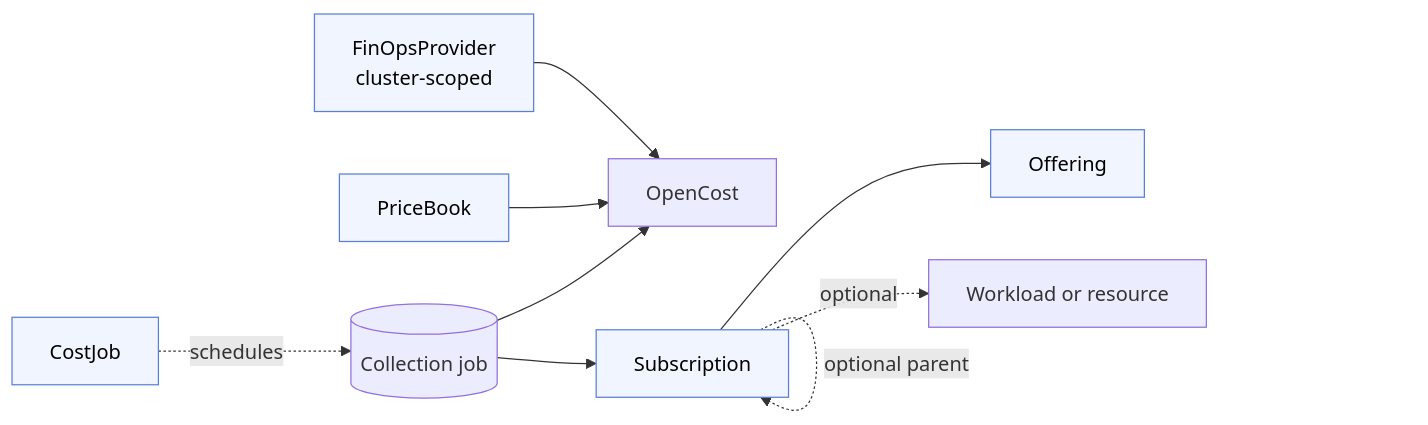
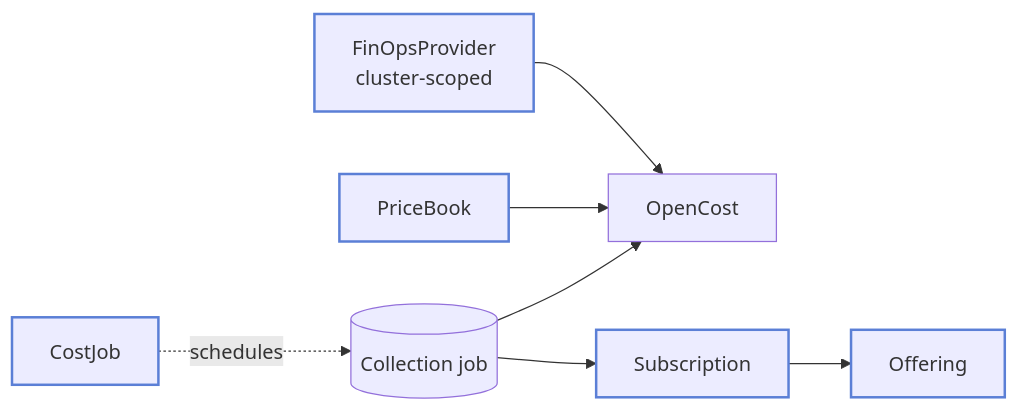
One commit to stakater/finops-docs changed the diagram in content/concepts/index.md. Above: the diagram before and after it, drawn with Mermaid. The commit also changed other lines of this file and 27 other files, not shown here.

````diff
--- a/content/concepts/index.md
+++ b/content/concepts/index.md
@@ -19,13 +19,11 @@
 ```mermaid
 flowchart LR
     FP[FinOpsProvider<br/>cluster-scoped] --> OC[OpenCost]
     PB[PriceBook] --> OC
     CJ[CostJob] -. schedules .-> Collect[(Collection job)]
     Collect --> OC
     Sub[Subscription] --> Off[Offering]
-    Sub -. optional .-> Target[Workload or resource]
-    Sub -. optional parent .-> Sub
     Collect --> Sub
-    classDef crd fill:#f0f5ff,stroke:#5b7fd6,color:#000;
+    classDef crd stroke:#5b7fd6,stroke-width:2px;
     class FP,PB,CJ,Sub,Off crd;
 ```
````
